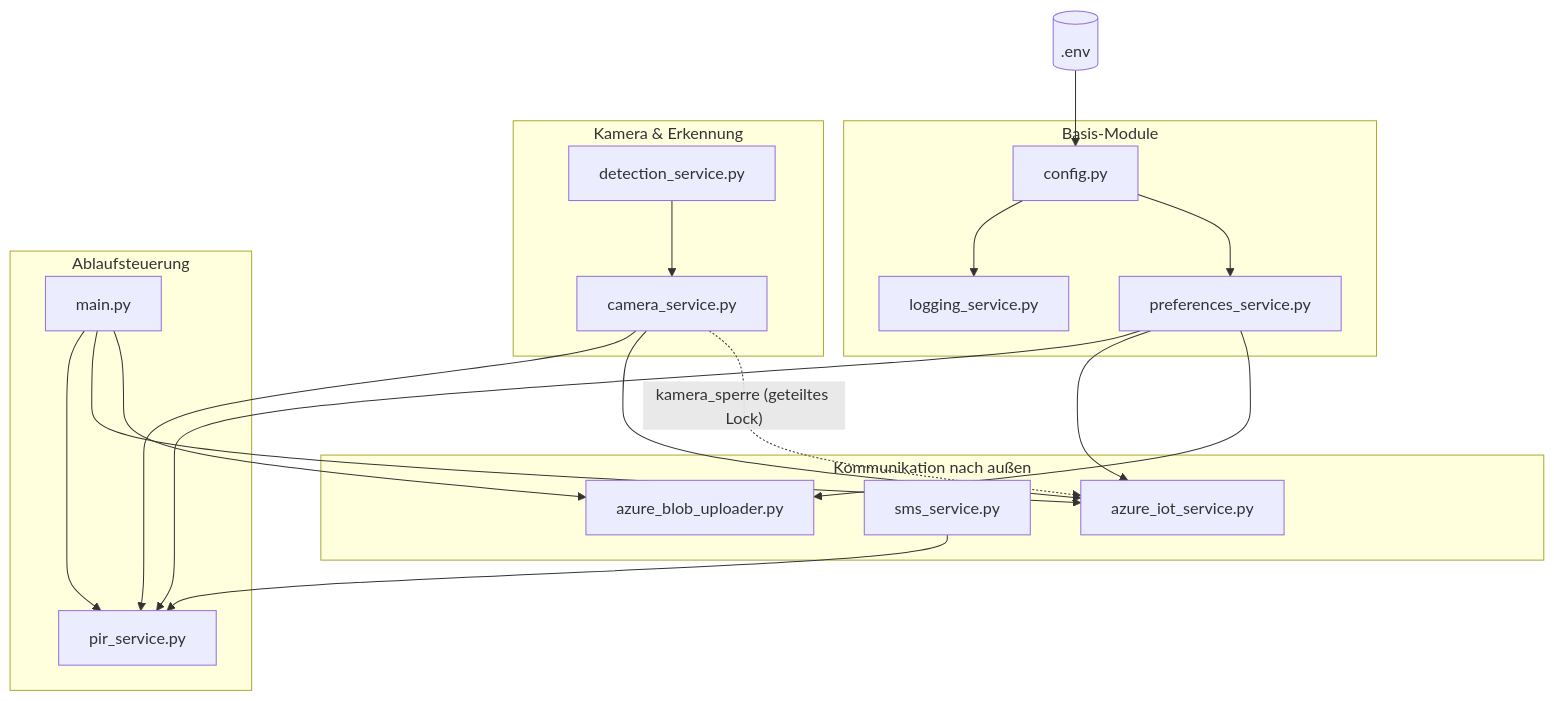
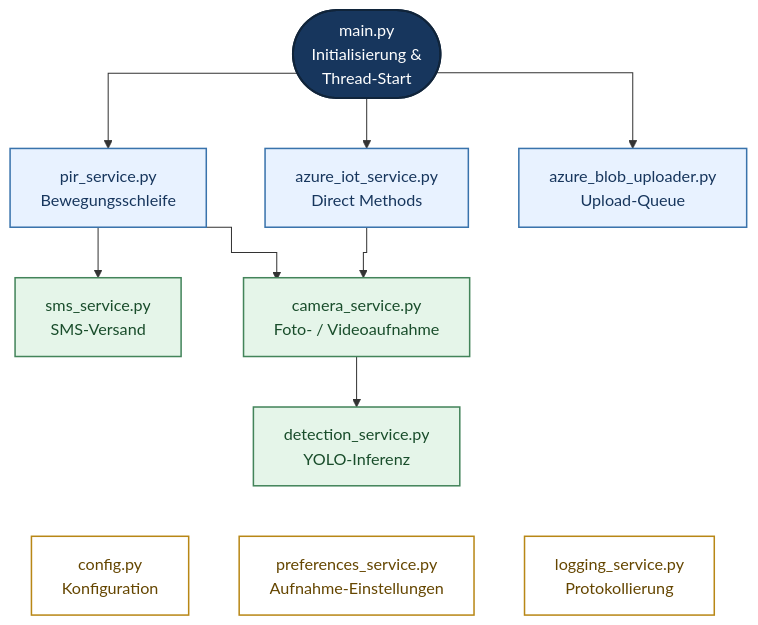
Before and after one commit to ddrickardo/pi5-wildkamera: the second of 6 diagrams in README.md, drawn with Mermaid. The commit also changed other lines of this file, not shown here.

````diff
--- a/README.md
+++ b/README.md
@@ -19,39 +65,38 @@
 ```mermaid
-graph TD
-    subgraph Basis["Basis-Module"]
-        CFG["config.py"]
-        LOG["logging_service.py"]
-        PREF["preferences_service.py"]
-    end
+%%{init: {"flowchart": {"curve": "stepAfter"}}}%%
+flowchart TB
+    MAIN(["main.py<br/>Initialisierung &<br/>Thread-Start"])
 
-    subgraph Erkennung["Kamera & Erkennung"]
-        DET["detection_service.py"]
-        CAM["camera_service.py"]
-    end
+    PIR["pir_service.py<br/>Bewegungsschleife"]
+    IOT["azure_iot_service.py<br/>Direct Methods"]
+    UPL["azure_blob_uploader.py<br/>Upload-Queue"]
 
-    subgraph Kommunikation["Kommunikation nach außen"]
-        BLOB["azure_blob_uploader.py"]
-        SMS["sms_service.py"]
-        IOT["azure_iot_service.py"]
-    end
+    SMS["sms_service.py<br/>SMS-Versand"]
+    CAM["camera_service.py<br/>Foto- / Videoaufnahme"]
+    DET["detection_service.py<br/>YOLO-Inferenz"]
 
-    subgraph Ablauf["Ablaufsteuerung"]
-        PIR["pir_service.py"]
-        MAIN["main.py"]
-    end
+    CFG["config.py<br/>Konfiguration"]
+    PREF["preferences_service.py<br/>Aufnahme-Einstellungen"]
+    LOG["logging_service.py<br/>Protokollierung"]
 
-    ENV[(".env")] --> CFG
-    CFG --> LOG
-    CFG --> PREF
-    DET --> CAM
-    CAM --> PIR
-    CAM --> IOT
-    PREF --> PIR
-    PREF --> IOT
-    PREF --> BLOB
-    SMS --> PIR
     MAIN --> PIR
     MAIN --> IOT
-    MAIN --> BLOB
-    CAM -. "kamera_sperre (geteiltes Lock)" .-> IOT
+    MAIN --> UPL
+    PIR --> SMS
+    PIR --> CAM
+    IOT --> CAM
+    CAM --> DET
+    DET ~~~ CFG
+    DET ~~~ PREF
+    DET ~~~ LOG
+
+    classDef entry fill:#17365d,stroke:#10243a,color:#fff,stroke-width:2px;
+    classDef control fill:#e8f2ff,stroke:#3973ac,color:#17365d,stroke-width:1.5px;
+    classDef domain fill:#e5f5e9,stroke:#43845a,color:#194d2b,stroke-width:1.5px;
+    classDef core fill:#ffffff,stroke:#b88716,color:#654600,stroke-width:1.5px;
+
+    class MAIN entry;
+    class PIR,IOT,UPL control;
+    class SMS,CAM,DET domain;
+    class CFG,PREF,LOG core;
 ```
````
